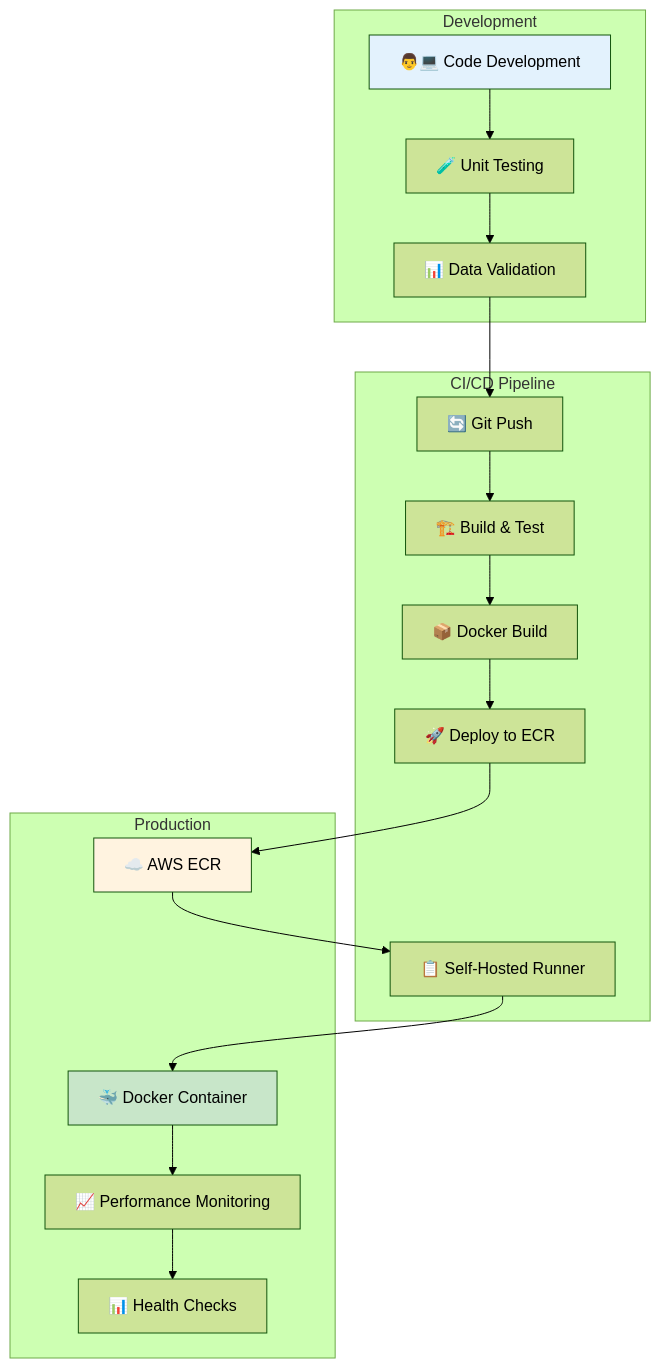
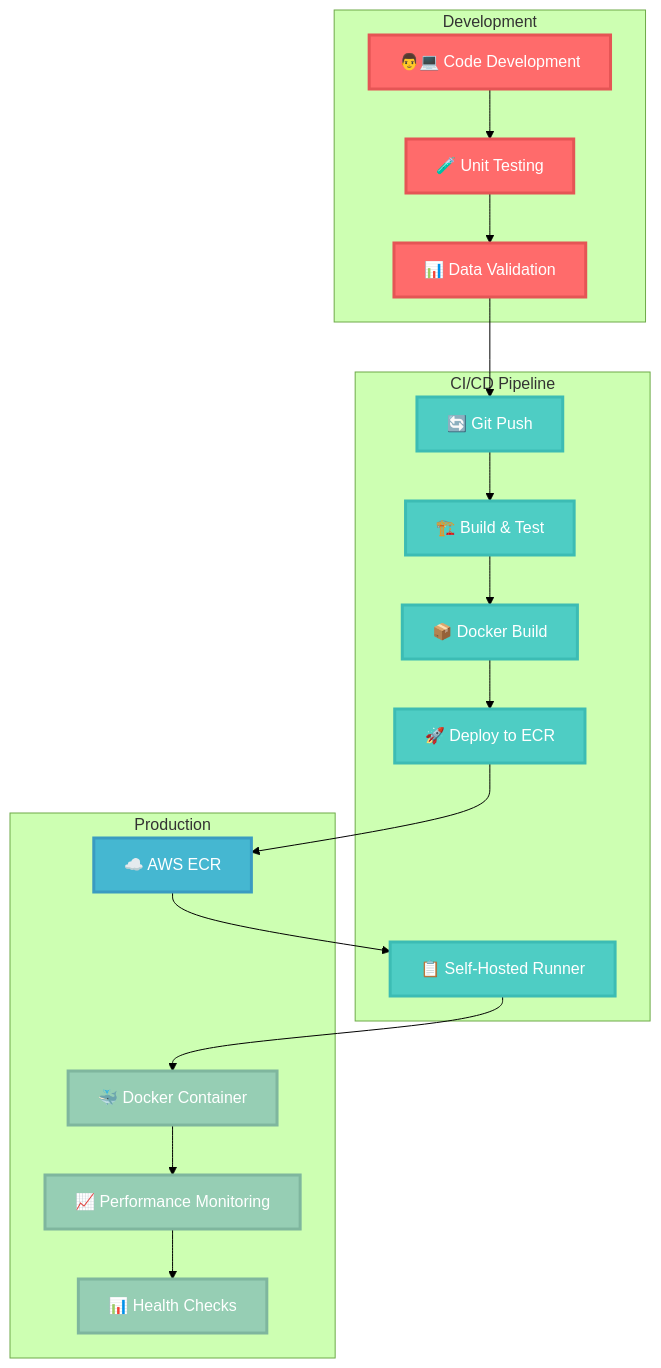
The eighth of 9 diagrams in README.md (Charan703/E2E_NetworkSecurity), drawn with Mermaid (forest theme) before and after one commit. The commit also changed other lines of this file and 6 other files, not shown here.

````diff
--- a/README.md
+++ b/README.md
@@ -695,39 +718,48 @@
 ```mermaid
 graph TB
     subgraph "Development"
         A[👨💻 Code Development]
         B[🧪 Unit Testing]
         C[📊 Data Validation]
     end
     
     subgraph "CI/CD Pipeline"
         D[🔄 Git Push]
         E[🏗️ Build & Test]
         F[📦 Docker Build]
         G[🚀 Deploy to ECR]
         H[📋 Self-Hosted Runner]
     end
     
     subgraph "Production"
         I[☁️ AWS ECR]
         J[🐳 Docker Container]
         K[📈 Performance Monitoring]
         L[📊 Health Checks]
     end
     
     A --> B
     B --> C
     C --> D
     D --> E
     E --> F
     F --> G
     G --> I
     I --> H
     H --> J
     J --> K
     K --> L
     
-    style A fill:#e3f2fd
-    style J fill:#c8e6c9
-    style I fill:#fff3e0
+    style A fill:#FF6B6B,stroke:#E55555,stroke-width:3px,color:#fff
+    style B fill:#FF6B6B,stroke:#E55555,stroke-width:3px,color:#fff
+    style C fill:#FF6B6B,stroke:#E55555,stroke-width:3px,color:#fff
+    style D fill:#4ECDC4,stroke:#3CBCB4,stroke-width:3px,color:#fff
+    style E fill:#4ECDC4,stroke:#3CBCB4,stroke-width:3px,color:#fff
+    style F fill:#4ECDC4,stroke:#3CBCB4,stroke-width:3px,color:#fff
+    style G fill:#4ECDC4,stroke:#3CBCB4,stroke-width:3px,color:#fff
+    style H fill:#4ECDC4,stroke:#3CBCB4,stroke-width:3px,color:#fff
+    style I fill:#45B7D1,stroke:#3A9BC1,stroke-width:3px,color:#fff
+    style J fill:#96CEB4,stroke:#7FB69E,stroke-width:3px,color:#fff
+    style K fill:#96CEB4,stroke:#7FB69E,stroke-width:3px,color:#fff
+    style L fill:#96CEB4,stroke:#7FB69E,stroke-width:3px,color:#fff
 ```
````
